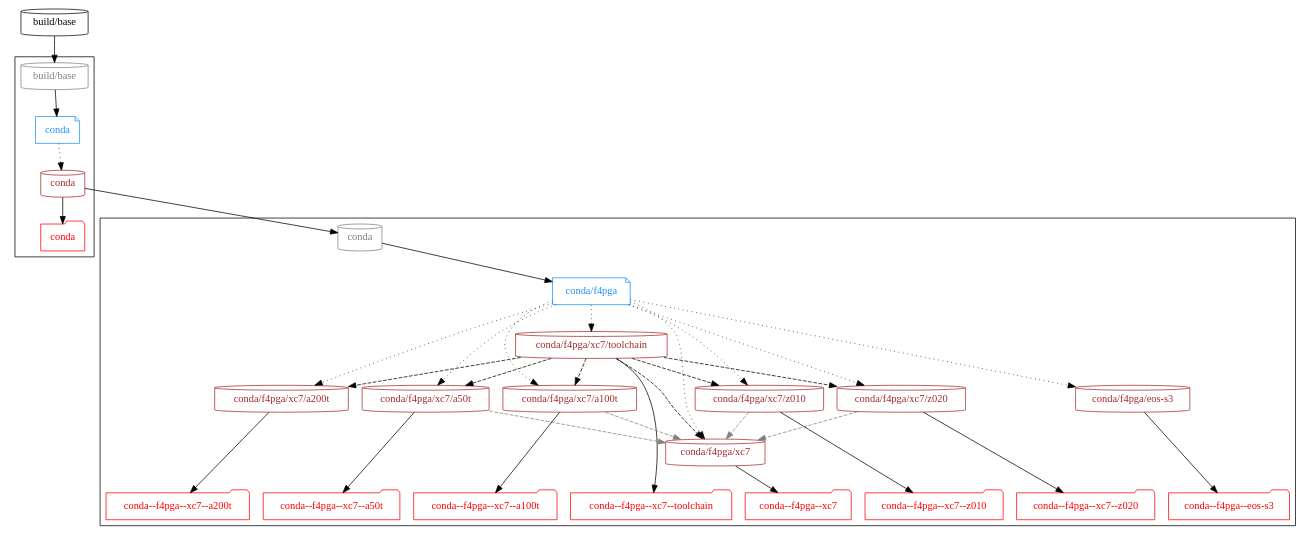
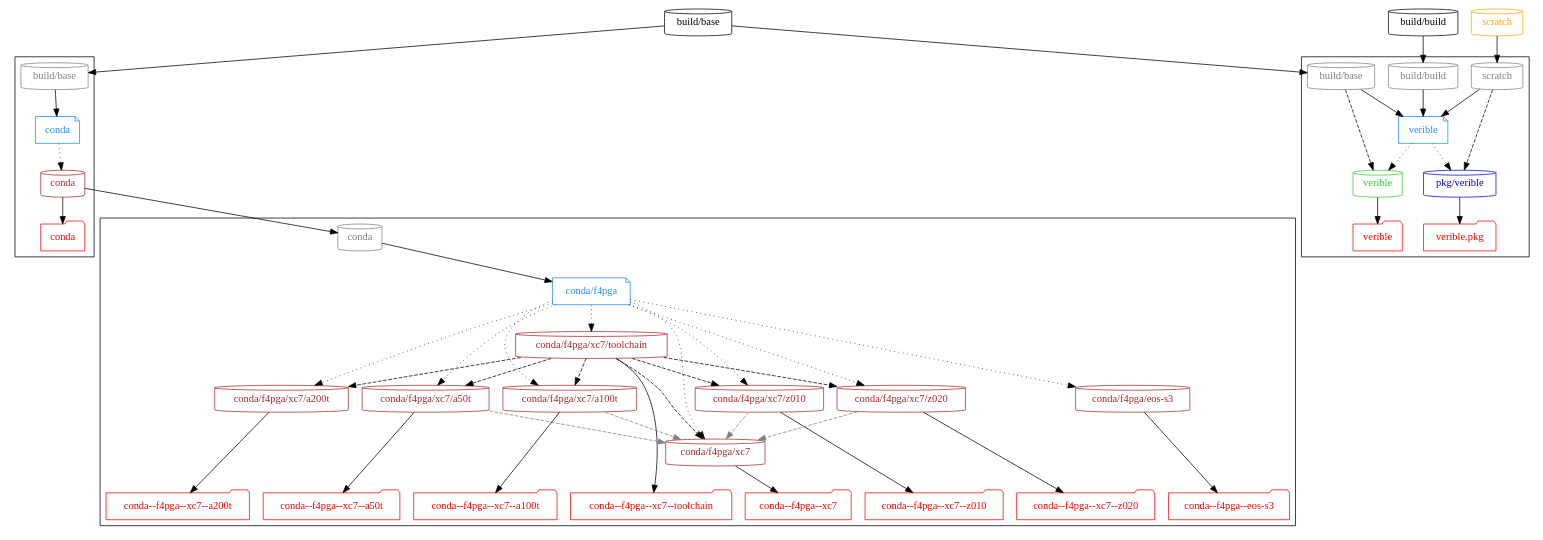
One commit to hdl/containers changed the diagram in doc/graph/f4pga.dot. Above: the diagram before and after it, drawn with Graphviz. The commit also changed 6 other files, not shown here.

```diff
--- a/doc/graph/f4pga.dot
+++ b/doc/graph/f4pga.dot
@@ -1,125 +1,175 @@
 # Authors:
 #   Unai Martinez-Corral
 #
 # Copyright 2019-2022 Unai Martinez-Corral <unai.martinezcorral@ehu.eus>
 #
 # Licensed under the Apache License, Version 2.0 (the "License");
 # you may not use this file except in compliance with the License.
 # You may obtain a copy of the License at
 #
 #     http://www.apache.org/licenses/LICENSE-2.0
 #
 # Unless required by applicable law or agreed to in writing, software
 # distributed under the License is distributed on an "AS IS" BASIS,
 # WITHOUT WARRANTIES OR CONDITIONS OF ANY KIND, either express or implied.
 # See the License for the specific language governing permissions and
 # limitations under the License.
 #
 # SPDX-License-Identifier: Apache-2.0
 
 digraph G {
 
   #splines=polyline; #curved
   newrank=true;
 
   # Dockerfiles
 
   { node [shape=note, color=dodgerblue, fontcolor=dodgerblue]
     d_conda     [label="conda"];
     d_f4pga [label="conda/f4pga"];
+    d_verible [label="verible"];
   }
 
   # Images
 
   { node [shape=cylinder]
     "build/base"
+    "build/build"
+    { node [color=limegreen, fontcolor=limegreen]
+      "verible"
+    }
+    { node [color=mediumblue, fontcolor=mediumblue]
+      "pkg/verible"
+    }
     { node [color=brown, fontcolor=brown]
       "conda"
       "conda/f4pga/xc7/toolchain"
       "conda/f4pga/xc7/a50t"
       "conda/f4pga/xc7/a100t"
       "conda/f4pga/xc7/a200t"
       "conda/f4pga/xc7/z010"
       "conda/f4pga/xc7/z020"
       "conda/f4pga/xc7"
       "conda/f4pga/eos-s3"
     }
+  }
+
+  # External images
+
+  { node [shape=cylinder, color=orange, fontcolor=orange]
+    "scratch"
+  }
+
+  { rank=same
+    "build/base"
+    "build/build"
+    "scratch"
   }
 
   # Workflows
 
   subgraph cluster_conda {
     "p_conda_build/base" [shape=cylinder, color=grey, fontcolor=grey, label="build/base"];
     d_conda -> "conda" [style=dotted];
     "t_conda" [shape=folder, color=red, fontcolor=red, label="conda"];
     "conda" -> "t_conda";
   }
 
   subgraph cluster_F4PGA {
     { rank=same
       node [shape=cylinder, color=grey, fontcolor=grey]
       "p_F4PGA_conda"  [label="conda"]
     }
 
     d_f4pga -> {
       "conda/f4pga/xc7/toolchain"
       { rank=same
         "conda/f4pga/xc7/a50t"
         "conda/f4pga/xc7/a100t"
         "conda/f4pga/xc7/a200t"
         "conda/f4pga/xc7/z010"
         "conda/f4pga/xc7/z020"
       }
       "conda/f4pga/xc7"
       "conda/f4pga/eos-s3"
     } [style=dotted];
 
     { rank=same
       node [shape=folder, color=red, fontcolor=red];
       "t_F4PGA_xc7_toolchain" [label="conda--f4pga--xc7--toolchain"];
       "t_F4PGA_xc7_a50t"      [label="conda--f4pga--xc7--a50t"];
       "t_F4PGA_xc7_a100t"     [label="conda--f4pga--xc7--a100t"];
       "t_F4PGA_xc7_a200t"     [label="conda--f4pga--xc7--a200t"];
       "t_F4PGA_xc7_z010"      [label="conda--f4pga--xc7--z010"];
       "t_F4PGA_xc7_z020"      [label="conda--f4pga--xc7--z020"];
       "t_F4PGA_xc7"           [label="conda--f4pga--xc7"];
       "t_F4PGA_eos-s3"        [label="conda--f4pga--eos-s3"];
     }
 
     "conda/f4pga/xc7/toolchain"  -> "t_F4PGA_xc7_toolchain";
     "conda/f4pga/xc7/a50t"       -> "t_F4PGA_xc7_a50t";
     "conda/f4pga/xc7/a100t"      -> "t_F4PGA_xc7_a100t";
     "conda/f4pga/xc7/a200t"      -> "t_F4PGA_xc7_a200t";
     "conda/f4pga/xc7/z010"       -> "t_F4PGA_xc7_z010";
     "conda/f4pga/xc7/z020"       -> "t_F4PGA_xc7_z020";
     "conda/f4pga/xc7"            -> "t_F4PGA_xc7";
     "conda/f4pga/eos-s3"         -> "t_F4PGA_eos-s3";
   }
 
+  subgraph cluster_verible {
+    { rank=same
+      node [shape=cylinder, color=grey, fontcolor=grey]
+      "p_verible_build/build" [label="build/build"]
+      "p_verible_build/base" [label="build/base"]
+      "p_verible_scratch" [label="scratch"]
+    }
+
+    d_verible -> {
+      "verible"
+      "pkg/verible"
+    } [style=dotted];
+
+    {
+      node [shape=folder, color=red, fontcolor=red]
+      "t_verible" [label="verible"];
+      "t_pkg/verible" [label="verible.pkg"];
+    }
+
+    "verible" -> "t_verible";
+    "pkg/verible" -> "t_pkg/verible";
+  }
+
   # Dockerfile dependencies
 
   "build/base" -> "p_conda_build/base" -> d_conda;
+
+  "build/build" -> "p_verible_build/build" -> d_verible;
+  "build/base" -> "p_verible_build/base" -> d_verible;
+  "scratch" -> "p_verible_scratch" -> d_verible;
 
   "conda" -> "p_F4PGA_conda" -> d_f4pga;
 
   # Image dependencies
 
   { edge [style=dashed]
     "conda/f4pga/xc7/toolchain" -> "conda/f4pga/xc7/a50t";
     "conda/f4pga/xc7/toolchain" -> "conda/f4pga/xc7/a100t";
     "conda/f4pga/xc7/toolchain" -> "conda/f4pga/xc7/a200t";
     "conda/f4pga/xc7/toolchain" -> "conda/f4pga/xc7/z010";
     "conda/f4pga/xc7/toolchain" -> "conda/f4pga/xc7/z020";
     "conda/f4pga/xc7/toolchain" -> "conda/f4pga/xc7";
+
+    "p_verible_build/base" -> "verible";
+    "p_verible_scratch" -> "pkg/verible";
   }
 
   { edge [style=dashed, color=grey]
     "conda/f4pga/xc7/a50t"  -> "conda/f4pga/xc7";
     "conda/f4pga/xc7/a100t" -> "conda/f4pga/xc7";
     # TODO: This is temporarily disabled because of space limits on GitHub Actions default runners
     #"conda/f4pga/xc7/a200t" -> "conda/f4pga/xc7";
     "conda/f4pga/xc7/z010"  -> "conda/f4pga/xc7";
     "conda/f4pga/xc7/z020"  -> "conda/f4pga/xc7";
   }
 
 }
```
